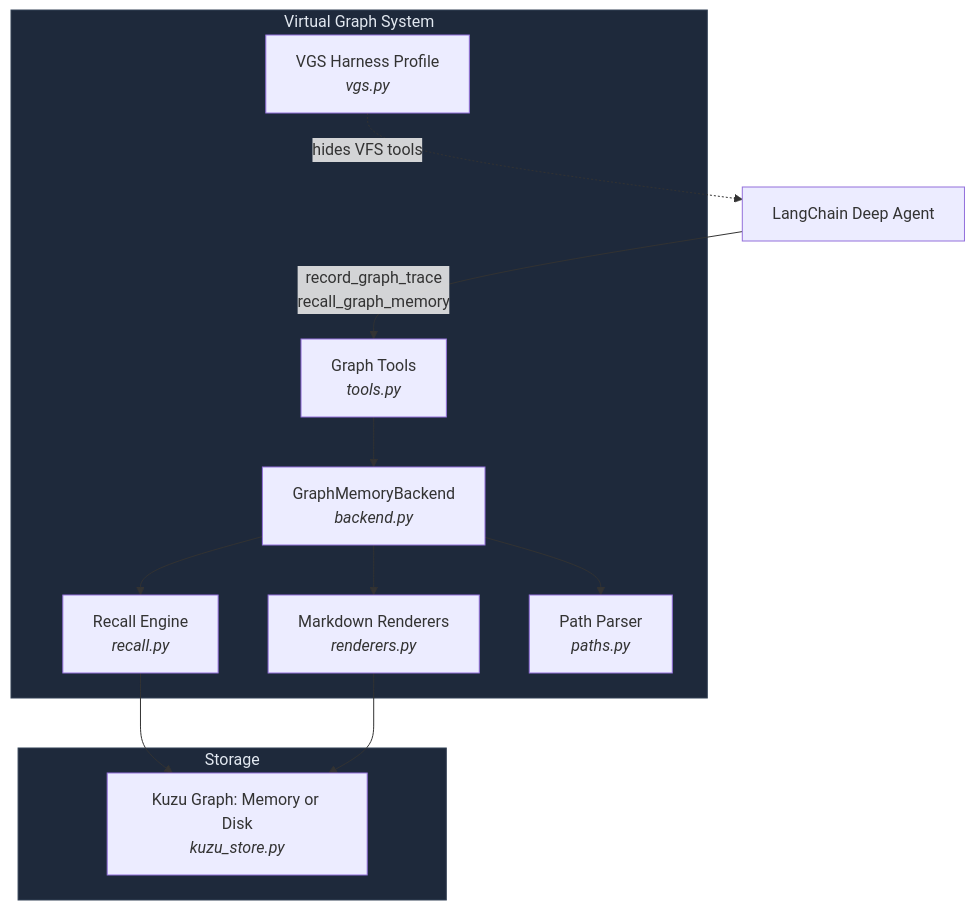
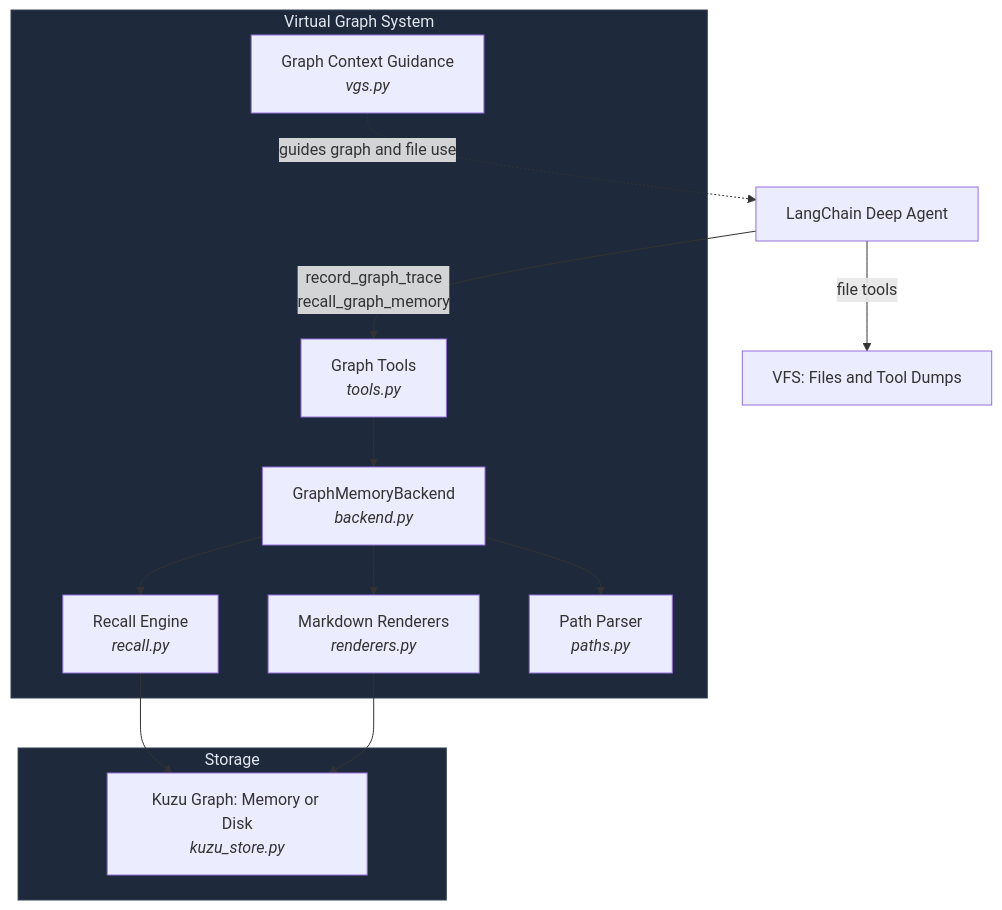
One commit to TahaK29/deepagents-graph-memory changed the first of 4 diagrams in README.md. Above: the diagram before and after it, drawn with Mermaid. The commit also changed other lines of this file and 5 other files, not shown here.

Commit message:
Keep filesystem tools alongside graph context guidance

````diff
--- a/README.md
+++ b/README.md
@@ -454,29 +516,30 @@
 ```mermaid
 graph TB
     Agent["LangChain Deep Agent"]
 
     subgraph VGS ["Virtual Graph System"]
         Tools["Graph Tools<br/><i>tools.py</i>"]
         Backend["GraphMemoryBackend<br/><i>backend.py</i>"]
         Recall["Recall Engine<br/><i>recall.py</i>"]
         Renderers["Markdown Renderers<br/><i>renderers.py</i>"]
         Paths["Path Parser<br/><i>paths.py</i>"]
-        VGSProfile["VGS Harness Profile<br/><i>vgs.py</i>"]
+        VGSProfile["Graph Context Guidance<br/><i>vgs.py</i>"]
     end
 
     subgraph Store ["Storage"]
         Kuzu["Kuzu Graph: Memory or Disk<br/><i>kuzu_store.py</i>"]
     end
 
     Agent -->|"record_graph_trace<br/>recall_graph_memory"| Tools
+    Agent -->|"file tools"| VFS["VFS: Files and Tool Dumps"]
     Tools --> Backend
     Backend --> Recall
     Backend --> Renderers
     Backend --> Paths
     Recall --> Kuzu
     Renderers --> Kuzu
-    VGSProfile -.->|"hides VFS tools"| Agent
+    VGSProfile -.->|"guides graph and file use"| Agent
 
     style VGS fill:#1e293b,stroke:#334155,color:#e2e8f0
     style Store fill:#1e293b,stroke:#334155,color:#e2e8f0
 ```
````
